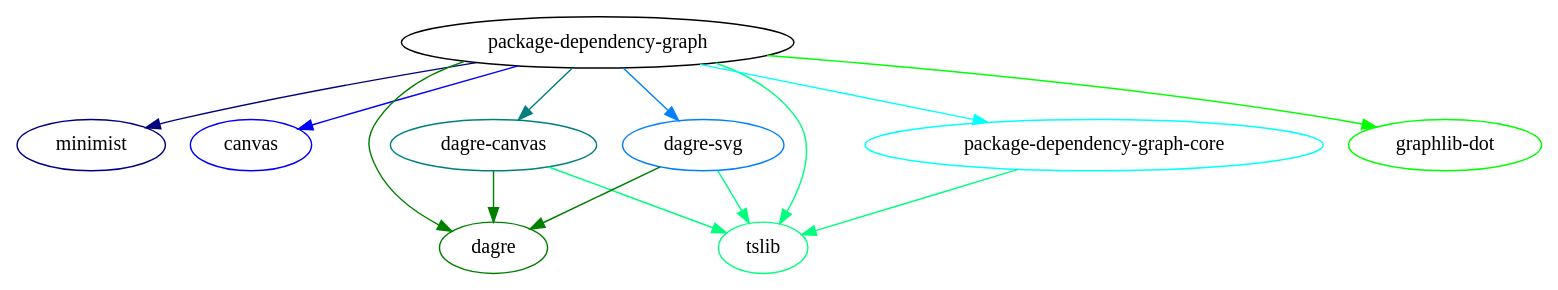
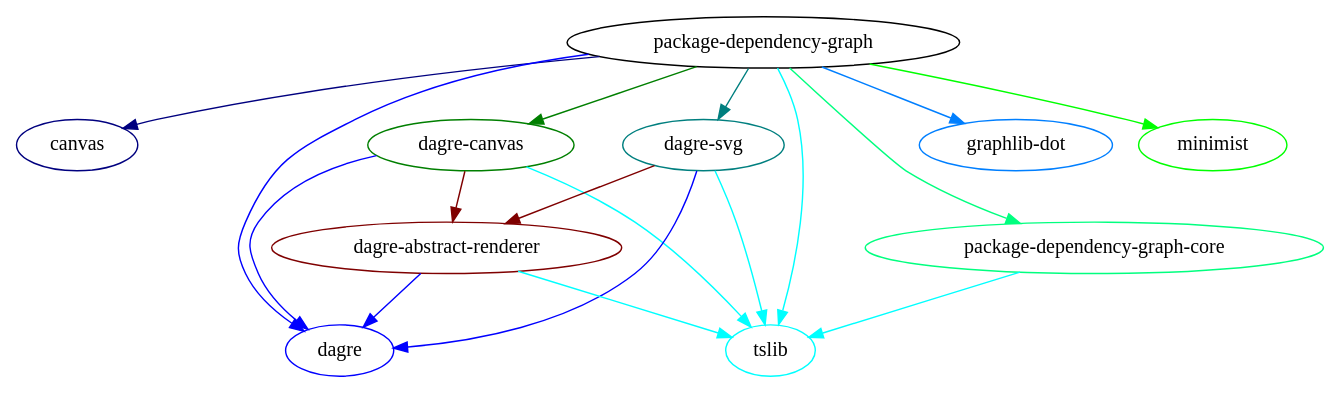
The diagram in spec/result.dot (plantain-00/package-dependency-graph), drawn with Graphviz before and after one commit. The commit also changed 13 other files, not shown here.

```diff
--- a/spec/result.dot
+++ b/spec/result.dot
@@ -1,26 +1,31 @@
 // generated by package-dependency-graph
 digraph {
-  package_dependency_graph -> minimist[color = "#00007f"]
-  package_dependency_graph -> canvas[color = "#0000ff"]
-  package_dependency_graph -> dagre[color = "#007f00"]
-  package_dependency_graph -> dagre_canvas[color = "#007f7f"]
-  package_dependency_graph -> dagre_svg[color = "#007fff"]
-  package_dependency_graph -> graphlib_dot[color = "#00ff00"]
-  package_dependency_graph -> tslib[color = "#00ff7f"]
-  package_dependency_graph -> package_dependency_graph_core[color = "#00ffff"]
-  package_dependency_graph_core -> tslib[color = "#00ff7f"]
-  dagre_canvas -> dagre[color = "#007f00"]
-  dagre_canvas -> tslib[color = "#00ff7f"]
-  dagre_svg -> dagre[color = "#007f00"]
-  dagre_svg -> tslib[color = "#00ff7f"]
+  package_dependency_graph -> canvas[color = "#00007f"]
+  package_dependency_graph -> dagre[color = "#0000ff"]
+  package_dependency_graph -> dagre_canvas[color = "#007f00"]
+  package_dependency_graph -> dagre_svg[color = "#007f7f"]
+  package_dependency_graph -> graphlib_dot[color = "#007fff"]
+  package_dependency_graph -> minimist[color = "#00ff00"]
+  package_dependency_graph -> package_dependency_graph_core[color = "#00ff7f"]
+  package_dependency_graph -> tslib[color = "#00ffff"]
+  package_dependency_graph_core -> tslib[color = "#00ffff"]
+  dagre_abstract_renderer -> dagre[color = "#0000ff"]
+  dagre_abstract_renderer -> tslib[color = "#00ffff"]
+  dagre_canvas -> dagre[color = "#0000ff"]
+  dagre_canvas -> dagre_abstract_renderer[color = "#7f0000"]
+  dagre_canvas -> tslib[color = "#00ffff"]
+  dagre_svg -> dagre[color = "#0000ff"]
+  dagre_svg -> dagre_abstract_renderer[color = "#7f0000"]
+  dagre_svg -> tslib[color = "#00ffff"]
 
   package_dependency_graph[label = "package-dependency-graph", color = "#000000"]
-  minimist[label = "minimist", color = "#00007f"]
-  canvas[label = "canvas", color = "#0000ff"]
-  dagre[label = "dagre", color = "#007f00"]
-  dagre_canvas[label = "dagre-canvas", color = "#007f7f"]
-  dagre_svg[label = "dagre-svg", color = "#007fff"]
-  graphlib_dot[label = "graphlib-dot", color = "#00ff00"]
-  tslib[label = "tslib", color = "#00ff7f"]
-  package_dependency_graph_core[label = "package-dependency-graph-core", color = "#00ffff"]
+  canvas[label = "canvas", color = "#00007f"]
+  dagre[label = "dagre", color = "#0000ff"]
+  dagre_canvas[label = "dagre-canvas", color = "#007f00"]
+  dagre_svg[label = "dagre-svg", color = "#007f7f"]
+  graphlib_dot[label = "graphlib-dot", color = "#007fff"]
+  minimist[label = "minimist", color = "#00ff00"]
+  package_dependency_graph_core[label = "package-dependency-graph-core", color = "#00ff7f"]
+  tslib[label = "tslib", color = "#00ffff"]
+  dagre_abstract_renderer[label = "dagre-abstract-renderer", color = "#7f0000"]
 }
```
